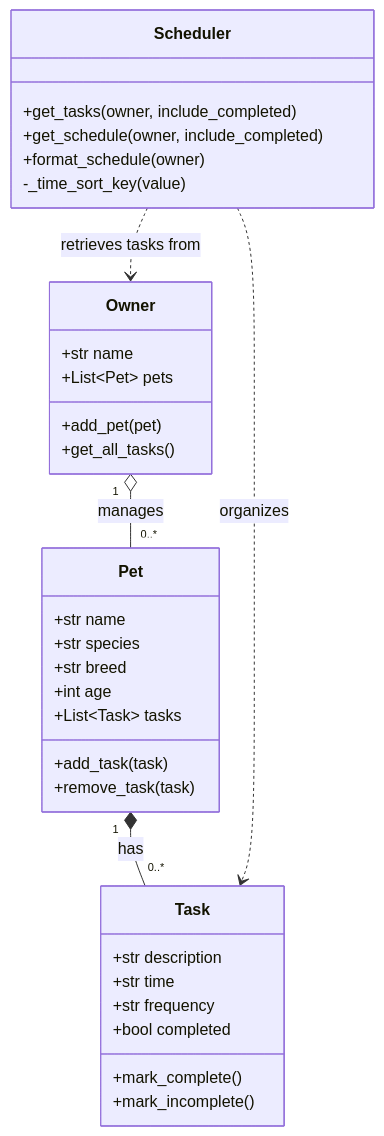
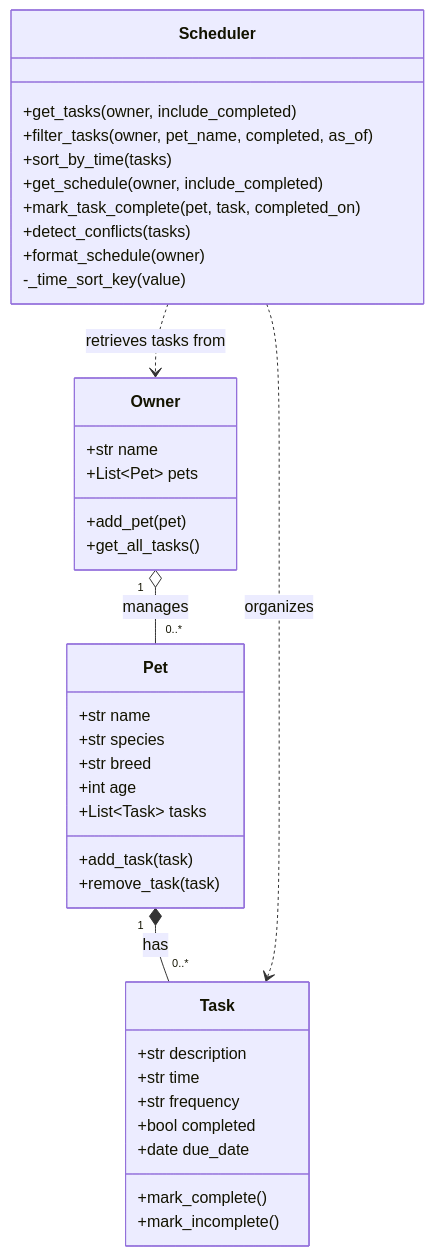
One commit to agarcia1224-Toro/ai110-module2show-pawpal-starter changed the diagram in diagrams/uml.mmd. Above: the diagram before and after it, drawn with Mermaid. The commit also changed 6 other files, not shown here.

```diff
--- a/diagrams/uml.mmd
+++ b/diagrams/uml.mmd
@@ -1,38 +1,43 @@
 classDiagram
     class Task {
         +str description
         +str time
         +str frequency
         +bool completed
+        +date due_date
         +mark_complete()
         +mark_incomplete()
     }
 
     class Pet {
         +str name
         +str species
         +str breed
         +int age
         +List~Task~ tasks
         +add_task(task)
         +remove_task(task)
     }
 
     class Owner {
         +str name
         +List~Pet~ pets
         +add_pet(pet)
         +get_all_tasks()
     }
 
     class Scheduler {
         +get_tasks(owner, include_completed)
+        +filter_tasks(owner, pet_name, completed, as_of)
+        +sort_by_time(tasks)
         +get_schedule(owner, include_completed)
+        +mark_task_complete(pet, task, completed_on)
+        +detect_conflicts(tasks)
         +format_schedule(owner)
         -_time_sort_key(value)
     }
 
     Owner "1" o-- "0..*" Pet : manages
     Pet "1" *-- "0..*" Task : has
     Scheduler ..> Owner : retrieves tasks from
     Scheduler ..> Task : organizes
```
